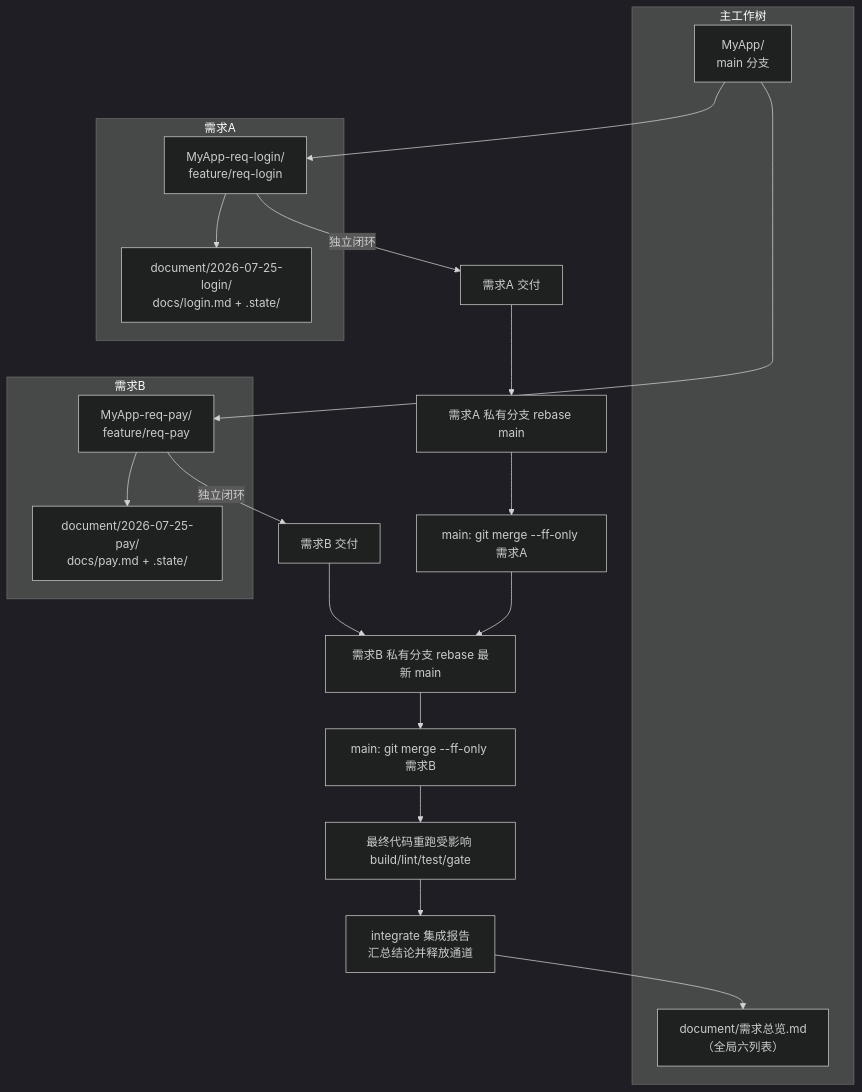
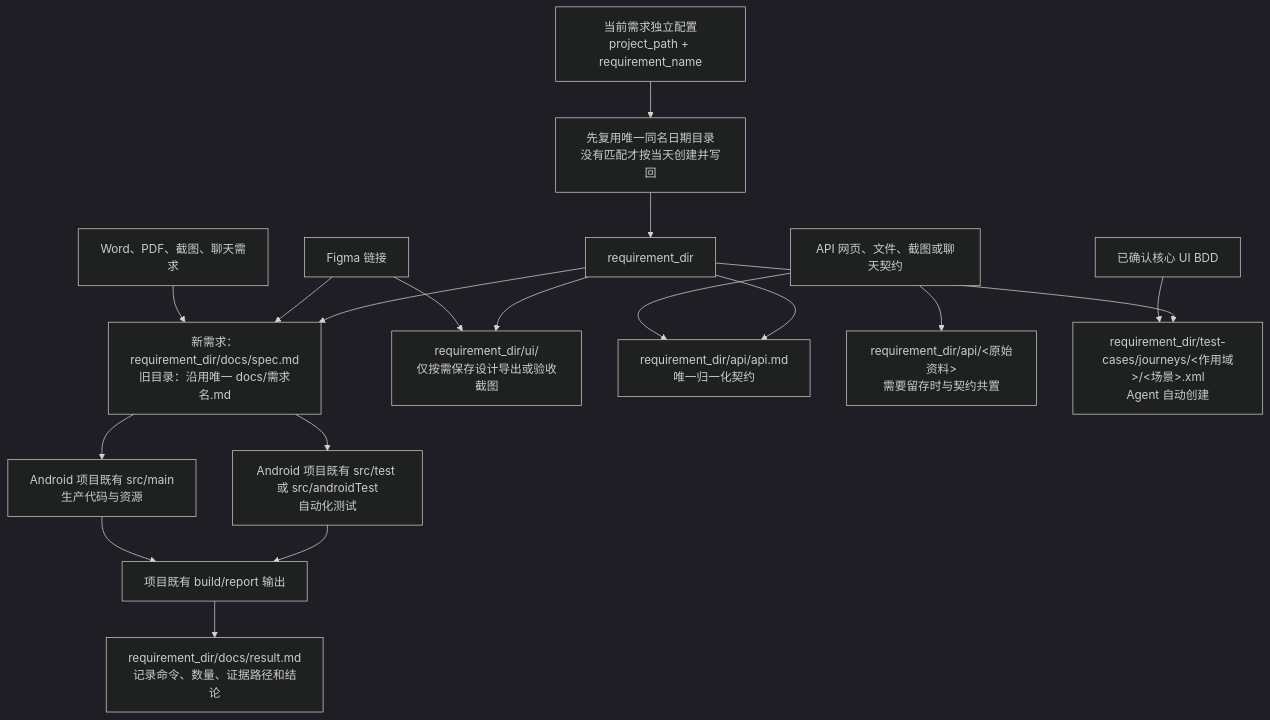
One commit to yejuntian/android-delivery-skills changed the tenth of 10 diagrams in docs/FLOW_DIAGRAMS.md. Above: the diagram before and after it, drawn with Mermaid (dark theme). The commit also changed other lines of this file and 213 other files, not shown here.

````diff
--- a/docs/FLOW_DIAGRAMS.md
+++ b/docs/FLOW_DIAGRAMS.md
@@ -470,33 +321,21 @@
 ```mermaid
 flowchart TD
-    subgraph 主工作树
-        MAIN["MyApp/<br/>main 分支"]
-        MAIN_INDEX["document/需求总览.md<br/>（全局六列表）"]
-    end
+    CONFIG["当前需求独立配置<br/>project_path + requirement_name"] --> LOCATE["先复用唯一同名日期目录<br/>没有匹配才按当天创建并写回"]
+    LOCATE --> ROOT["requirement_dir"]
+    REQUIREMENT["Word、PDF、截图、聊天需求"] --> SPEC["新需求：requirement_dir/docs/spec.md<br/>旧目录：沿用唯一 docs/需求名.md"]
+    FIGMA["Figma 链接"] --> SPEC
+    FIGMA --> UIEVIDENCE["requirement_dir/ui/<br/>仅按需保存设计导出或验收截图"]
+    APIINPUT["API 网页、文件、截图或聊天契约"] --> APIMD["requirement_dir/api/api.md<br/>唯一归一化契约"]
+    APIINPUT --> APIRAW["requirement_dir/api/<原始资料><br/>需要留存时与契约共置"]
+    BDD["已确认核心 UI BDD"] --> JOURNEY["requirement_dir/test-cases/journeys/<作用域>/<场景>.xml<br/>Agent 自动创建"]
 
-    subgraph 需求A
-        WTA["MyApp-req-login/<br/>feature/req-login"]
-        WTA_DOC["document/2026-07-25-login/<br/>docs/login.md + .state/"]
-    end
-
-    subgraph 需求B
-        WTB["MyApp-req-pay/<br/>feature/req-pay"]
-        WTB_DOC["document/2026-07-25-pay/<br/>docs/pay.md + .state/"]
-    end
-
-    MAIN --> WTA
-    MAIN --> WTB
-    WTA --> WTA_DOC
-    WTB --> WTB_DOC
-
-    WTA -- "独立闭环" --> WTA_DONE["需求A 交付"]
-    WTB -- "独立闭环" --> WTB_DONE["需求B 交付"]
-    WTA_DONE --> REBASE_A["需求A 私有分支 rebase main"]
-    REBASE_A --> MERGE_A["main: git merge --ff-only 需求A"]
-    MERGE_A --> REBASE_B["需求B 私有分支 rebase 最新 main"]
-    WTB_DONE --> REBASE_B
-    REBASE_B --> MERGE_B["main: git merge --ff-only 需求B"]
-    MERGE_B --> FINAL["最终代码重跑受影响 build/lint/test/gate"]
-    FINAL --> INTEGRATE["integrate 集成报告<br/>汇总结论并释放通道"]
-    INTEGRATE --> MAIN_INDEX
+    SPEC --> CODE["Android 项目既有 src/main<br/>生产代码与资源"]
+    SPEC --> TEST["Android 项目既有 src/test 或 src/androidTest<br/>自动化测试"]
+    ROOT --> SPEC
+    ROOT --> APIMD
+    ROOT --> UIEVIDENCE
+    ROOT --> JOURNEY
+    CODE --> REPORT["项目既有 build/report 输出"]
+    TEST --> REPORT
+    REPORT --> RESULT["requirement_dir/docs/result.md<br/>记录命令、数量、证据路径和结论"]
 ```
````
